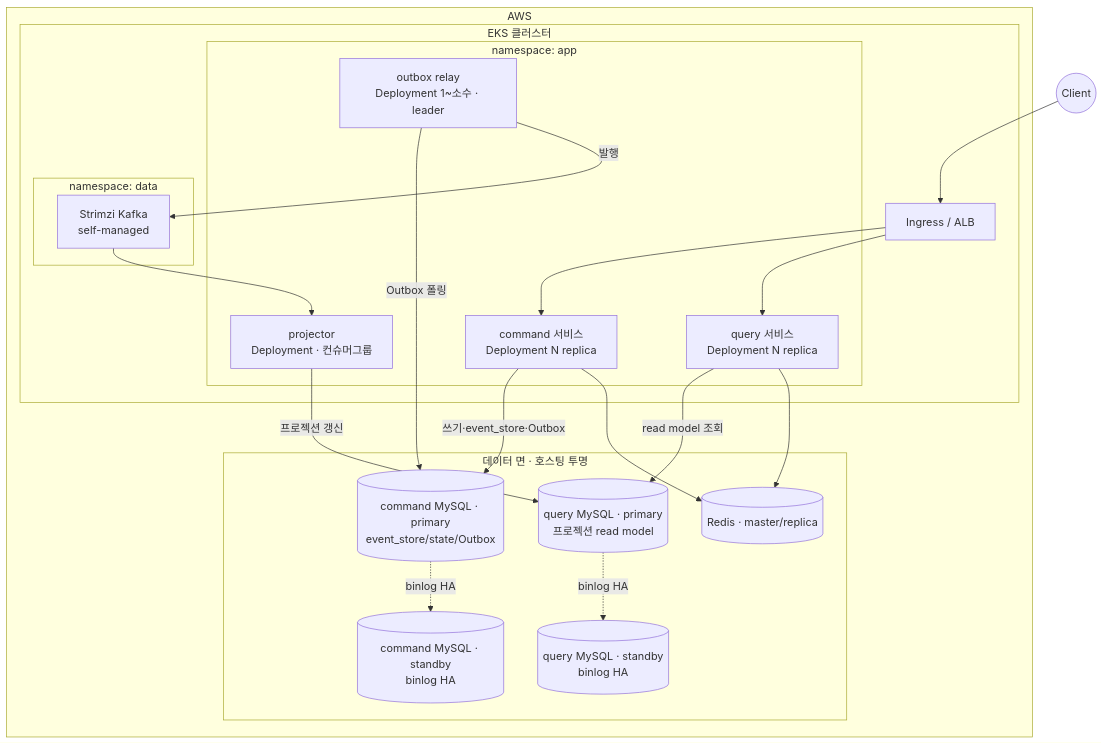
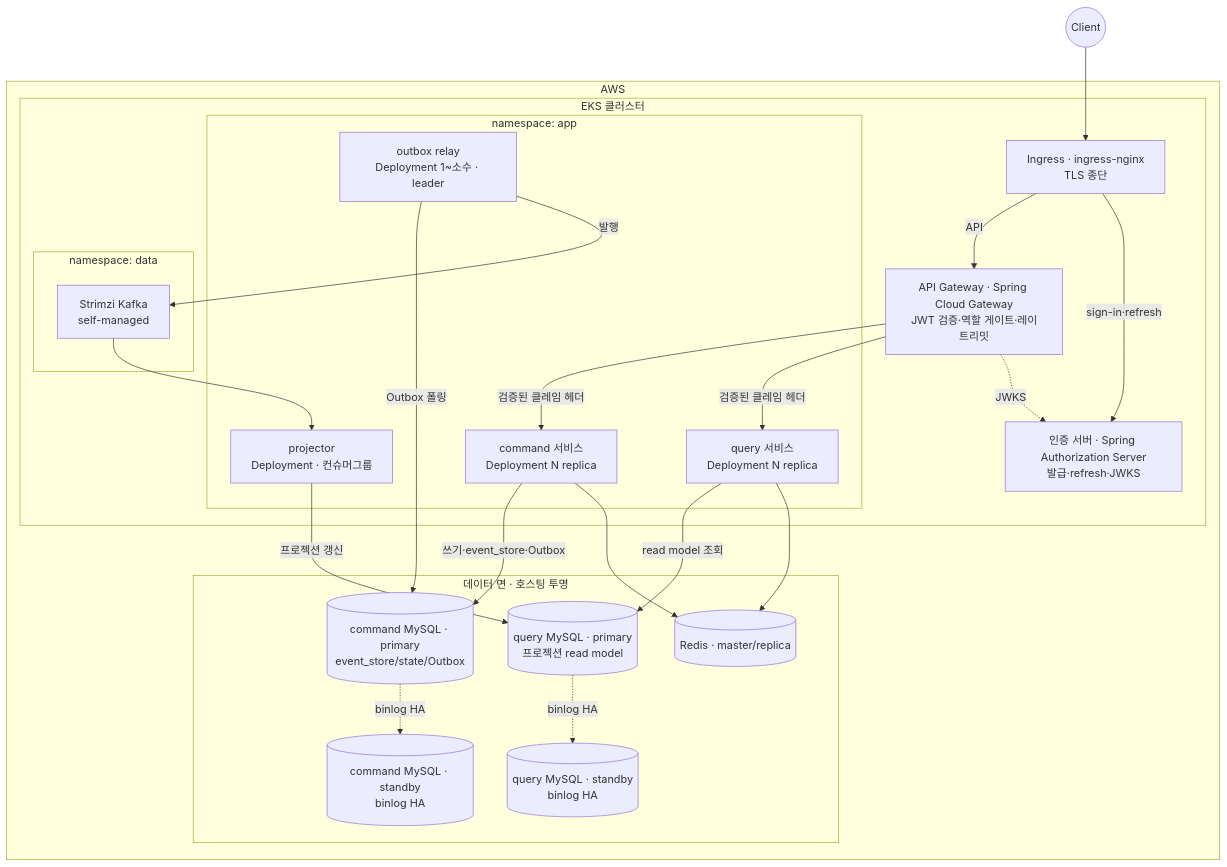
Before and after one commit to newkayak12/prototype-reservation-system: the first of 2 diagrams in docs/v2/design_doc/09-deployment-runtime.md, drawn with Mermaid. The commit also changed other lines of this file and 41 other files, not shown here.

````diff
--- a/docs/v2/design_doc/09-deployment-runtime.md
+++ b/docs/v2/design_doc/09-deployment-runtime.md
@@ -26,37 +28,42 @@
 ```mermaid
 graph TB
     subgraph AWS
         subgraph EKS [EKS 클러스터]
             subgraph app-ns [namespace: app]
                 CMD[command 서비스<br/>Deployment N replica]
                 QRY[query 서비스<br/>Deployment N replica]
                 PRJ[projector<br/>Deployment · 컨슈머그룹]
                 RLY[outbox relay<br/>Deployment 1~소수 · leader]
             end
             subgraph data-ns [namespace: data]
                 STRIMZI[Strimzi Kafka<br/>self-managed]
             end
-            ING[Ingress / ALB]
+            ING[Ingress · ingress-nginx<br/>TLS 종단]
+            SCG[API Gateway · Spring Cloud Gateway<br/>JWT 검증·역할 게이트·레이트리밋]
+            AUTH[인증 서버 · Spring Authorization Server<br/>발급·refresh·JWKS]
         end
         subgraph managed [데이터 면 · 호스팅 투명]
             CMDDB[(command MySQL · primary<br/>event_store/state/Outbox)]
             CMDDBR[(command MySQL · standby<br/>binlog HA)]
             QRYDB[(query MySQL · primary<br/>프로젝션 read model)]
             QRYDBR[(query MySQL · standby<br/>binlog HA)]
             REDIS[(Redis · master/replica)]
         end
     end
     actor((Client)) --> ING
-    ING --> CMD
-    ING --> QRY
+    ING -->|API| SCG
+    ING -->|sign-in·refresh| AUTH
+    SCG -->|검증된 클레임 헤더| CMD
+    SCG -->|검증된 클레임 헤더| QRY
+    SCG -.->|JWKS| AUTH
     CMD -->|쓰기·event_store·Outbox| CMDDB
     RLY -->|Outbox 폴링| CMDDB
     RLY -->|발행| STRIMZI
     STRIMZI --> PRJ
     PRJ -->|프로젝션 갱신| QRYDB
     QRY -->|read model 조회| QRYDB
     CMDDB -.->|binlog HA| CMDDBR
     QRYDB -.->|binlog HA| QRYDBR
     CMD --> REDIS
     QRY --> REDIS
 ```
````
